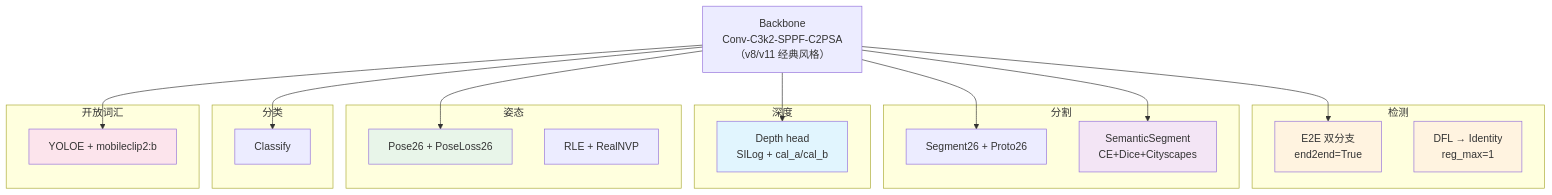
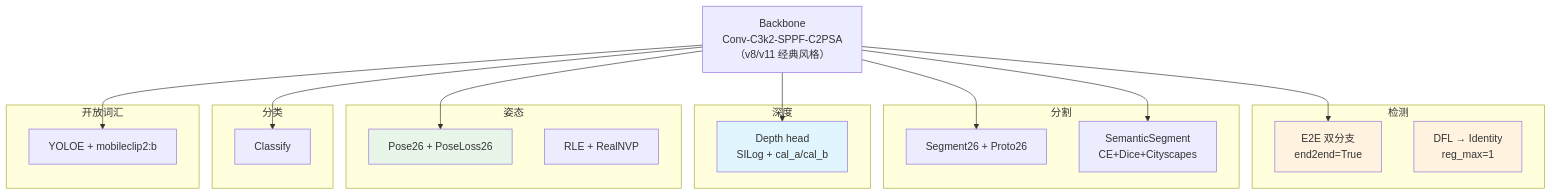
The diagram in docs/versions/v26/concepts.md (yejinlei/agent-yolo), drawn with Mermaid before and after one commit. The commit also changed 3 other files, not shown here.

Commit message:
docs: 三轮压缩 Mermaid 块（subgraph 单行化），0 超标块

````diff
--- a/docs/versions/v26/concepts.md
+++ b/docs/versions/v26/concepts.md
@@ -351,29 +351,11 @@
 ```mermaid
 flowchart TB
-subgraph 检测
-E2E[E2E 双分支<br/>end2end=True] ; DFL[DFL → Identity<br/>reg_max=1]
-end
-subgraph 分割
-SEG[Segment26 + Proto26] ; SEM[SemanticSegment<br/>CE+Dice+Cityscapes]
-end
-subgraph 深度
-DEPTH[Depth head<br/>SILog + cal_a/cal_b]
-end
-subgraph 姿态
-POSE[Pose26 + PoseLoss26] ; RLE[RLE + RealNVP]
-end
-subgraph 分类
-CLS[Classify]
-end
-subgraph 开放词汇
-YOLOE[YOLOE + mobileclip2:b]
-end
-BACK["Backbone<br/>Conv-C3k2-SPPF-C2PSA<br/>（v8/v11 经典风格）"] --> E2E
-BACK --> SEG ; BACK --> SEM ; BACK --> DEPTH ; BACK --> POSE ; BACK --> CLS ; BACK --> YOLOE
-style E2E fill:#fff3e0
-style DFL fill:#fff3e0
-style DEPTH fill:#e1f5fe
-style POSE fill:#e8f5e9
-style SEM fill:#f3e5f5
-style YOLOE fill:#fce4ec
+subgraph 检测 ; E2E[E2E 双分支<br/>end2end=True] ; DFL[DFL → Identity<br/>reg_max=1] ; end
+subgraph 分割 ; SEG[Segment26 + Proto26] ; SEM[SemanticSegment<br/>CE+Dice+Cityscapes] ; end
+subgraph 深度 ; DEPTH[Depth head<br/>SILog + cal_a/cal_b] ; end
+subgraph 姿态 ; POSE[Pose26 + PoseLoss26] ; RLE[RLE + RealNVP] ; end
+subgraph 分类 ; CLS[Classify] ; end
+subgraph 开放词汇 ; YOLOE[YOLOE + mobileclip2:b] ; end
+BACK["Backbone<br/>Conv-C3k2-SPPF-C2PSA<br/>（v8/v11 经典风格）"] --> E2E ; BACK --> SEG ; BACK --> SEM ; BACK --> DEPTH ; BACK --> POSE ; BACK --> CLS ; BACK --> YOLOE
+style E2E fill:#fff3e0 ; style DFL fill:#fff3e0 ; style DEPTH fill:#e1f5fe ; style POSE fill:#e8f5e9 ; style SEM fill:#f3e5f5 ; style YOLOE fill:#fce4ec
 ```
````
